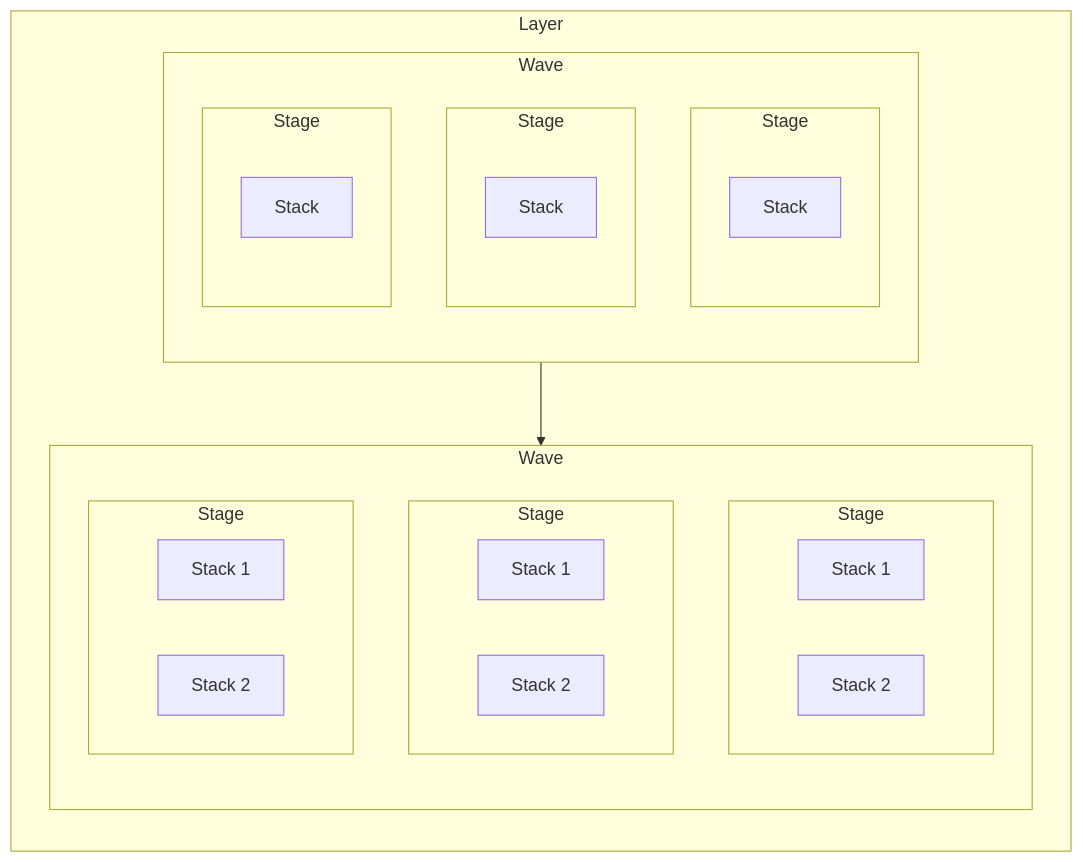
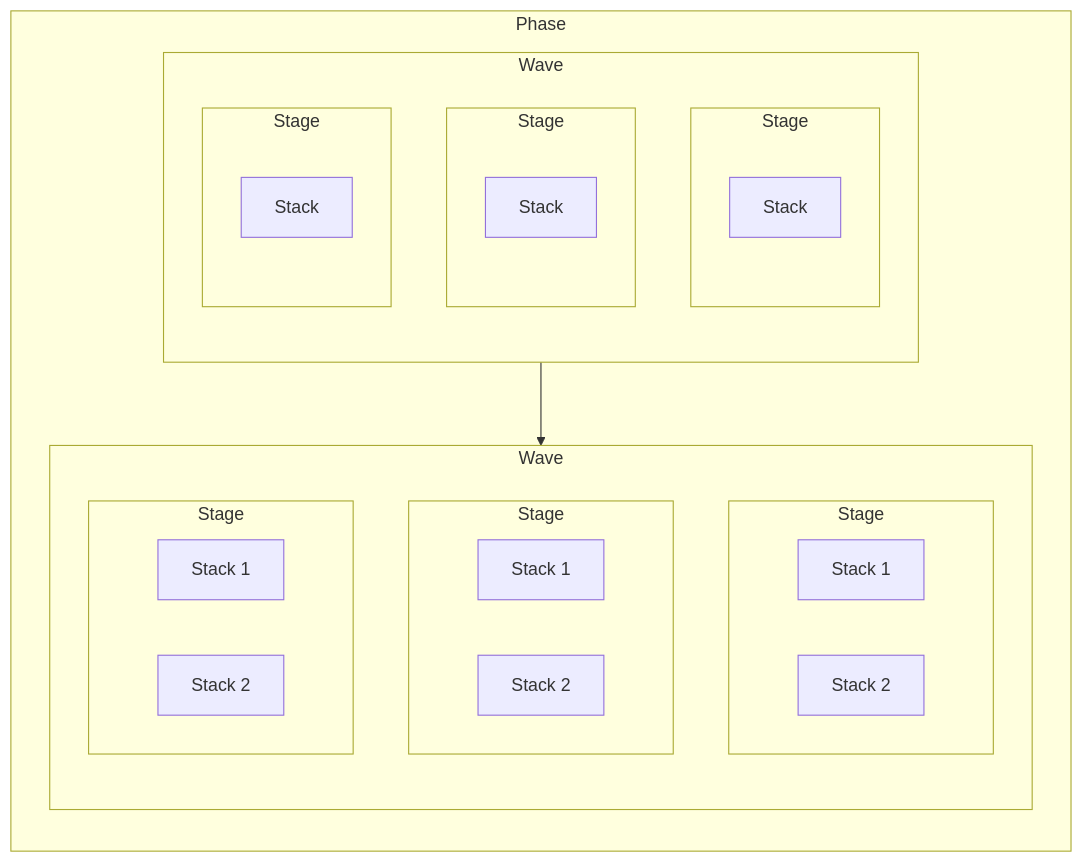
The first of 2 diagrams in docs/src/content/docs/components/build-system/deployment-order.mdx (DataChefHQ/aws-data-landing-zone), drawn with Mermaid before and after one commit. The commit also changed other lines of this file and 1 other file, not shown here.

Commit message:
docs: change layer with phase

````diff
--- a/docs/src/content/docs/components/build-system/deployment-order.mdx
+++ b/docs/src/content/docs/components/build-system/deployment-order.mdx
@@ -53,39 +53,39 @@
 ```mermaid
 graph
-    subgraph base["Layer"]
+    subgraph base["Phase"]
       direction TB
 
       subgraph global["Wave"]
         direction TB
         subgraph globalAccountN["Stage"]
           direction TB
           gan["Stack"]
         end
          subgraph globalAccountB["Stage"]
           direction TB
           gab["Stack"]
         end
         subgraph globalAccountA["Stage"]
           direction TB
           gaa["Stack"]
         end
       end
 
       subgraph regional["Wave"]
         direction TB
         subgraph regionalAccountN["Stage"]
           ran1["Stack 1"]
           ran2["Stack 2"]
         end
         subgraph regionalAccountB["Stage"]
           rab1["Stack 1"]
           rab2["Stack 2"]
         end
         subgraph regionalAccountA["Stage"]
           raa1["Stack 1"]
           raa2["Stack 2"]
         end
       end
       global --> regional
     end
 ```
````
